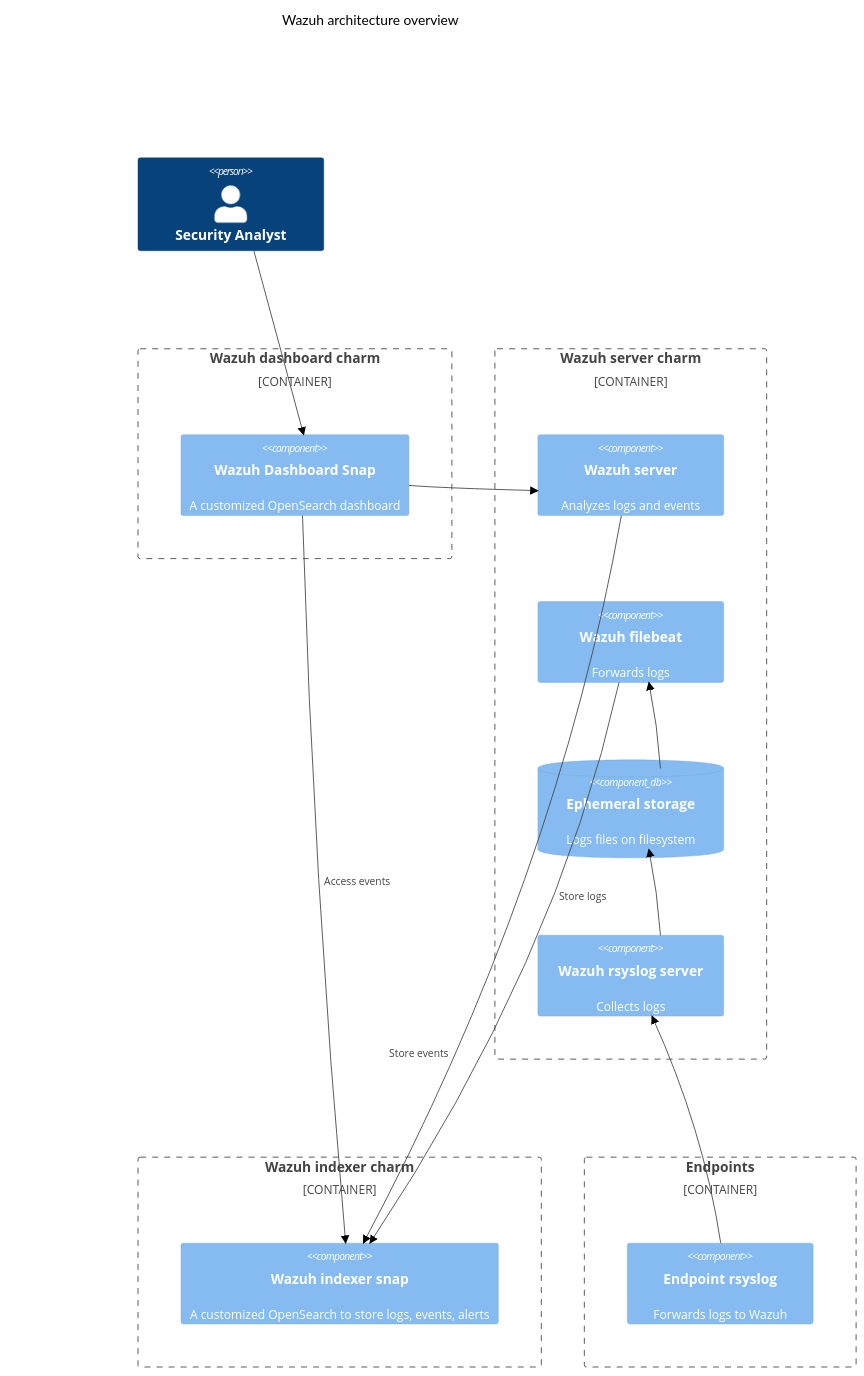
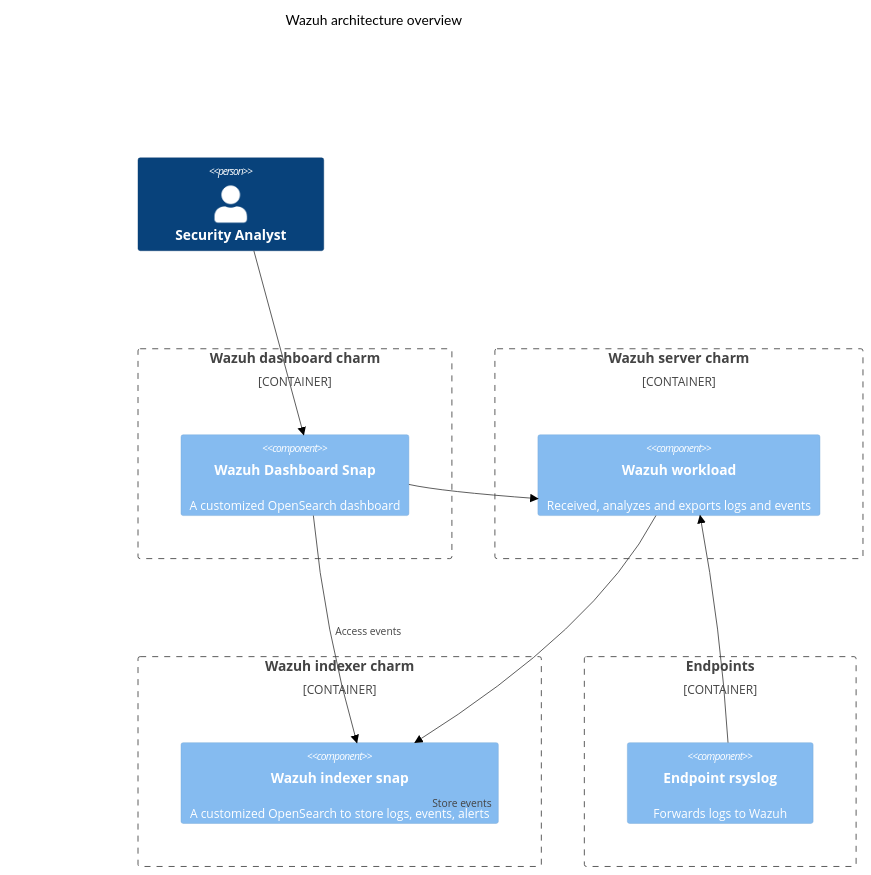
One commit to canonical/wazuh-server-operator changed the diagram in docs/explanation/architecture-overview.md. Above: the diagram before and after it, drawn with Mermaid (forest theme). The commit also changed 1 other file, not shown here.

Commit message:
Split architecture diagrams

````diff
--- a/docs/explanation/architecture-overview.md
+++ b/docs/explanation/architecture-overview.md
@@ -7,42 +7,35 @@
 ```mermaid
 C4Context
 title Wazuh architecture overview
 
 Person(security-analyst, "Security Analyst", "")
 Rel(security-analyst, wazuh-dashboard, "")
 
 Container_Boundary(wazuh-dashboard, "Wazuh dashboard charm") {
     Component(wazuh-dashboard, "Wazuh Dashboard Snap", "","A customized OpenSearch dashboard")
 }
 
-
-Container_Boundary(synapse, "Wazuh server charm") {
-  Component(wazuh-server, "Wazuh server", "", "Analyzes logs and events")
-  Component(wazuh-filebeat, "Wazuh filebeat", "", "Forwards logs")
-  ComponentDb(filesystem, "Ephemeral storage", "", "Logs files on filesystem")
-  Component(wazuh-rsyslog, "Wazuh rsyslog server", "", "Collects logs")
-  Rel(wazuh-rsyslog, filesystem,"")
-  Rel(filesystem, wazuh-filebeat, "")
+Container_Boundary(wazuh-server, "Wazuh server charm") {
+  Component(wazuh-server, "Wazuh workload", "", "Received, analyzes and exports logs and events")
 }
-Rel(wazuh-filebeat, wazuh-indexer,"Store logs")
 
 Container_Boundary(wazuh-indexer, "Wazuh indexer charm") {
     Component(wazuh-indexer, "Wazuh indexer snap", "","A customized OpenSearch to store logs, events, alerts")
 }
 
 
 Container_Boundary(endpoints, "Endpoints") {
     Component(endpoint-rsyslog, "Endpoint rsyslog", "","Forwards logs to Wazuh")
 }
 
 
 Rel(wazuh-server, wazuh-indexer, "Store events")
 Rel(wazuh-dashboard, wazuh-indexer, "Access events")
 Rel(wazuh-dashboard, wazuh-server, "")
-Rel(endpoint-rsyslog, wazuh-rsyslog, "")
+Rel(endpoint-rsyslog, wazuh-server, "")
 
 UpdateRelStyle(wazuh-server, wazuh-indexer, $offsetX="-120", $offsetY="200")
 UpdateRelStyle(wazuh-filebeat, wazuh-indexer, $offsetX="75", $offsetY="-80")
 
 UpdateLayoutConfig($c4ShapeInRow="2", $c4BoundaryInRow="2")
 ```
````
